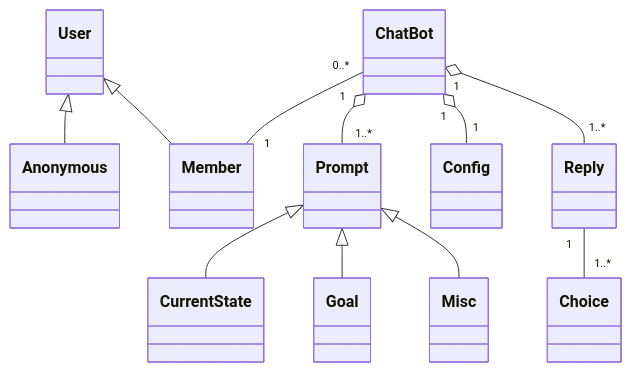
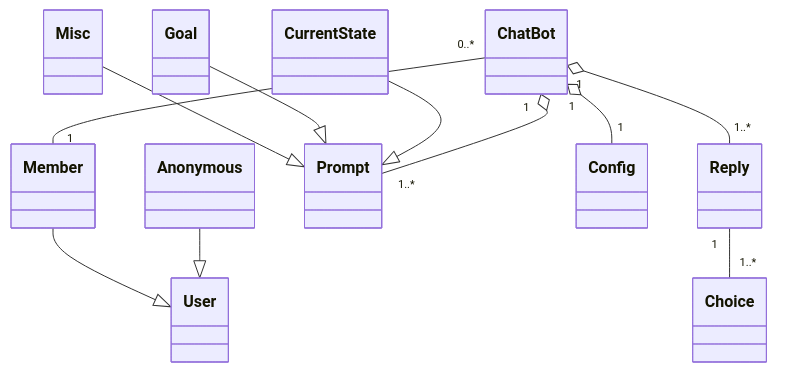
The second of 3 diagrams in src/site/notes/docs/3차 프로젝트, ChatGPT를 이용한 챗봇 애플리케이션 - estsoft {Django, DRF}.md (ChoiWheatley/personalwiki), drawn with Mermaid before and after one commit. The commit also changed other lines of this file, not shown here.

Commit message:
Update content src/site/notes/docs/3차 프로젝트, ChatGPT를 이용한 챗봇 애플리케이션 - estsoft {Django, DRF}.md

````diff
--- a/src/site/notes/docs/3차 프로젝트, ChatGPT를 이용한 챗봇 애플리케이션 - estsoft {Django, DRF}.md
+++ b/src/site/notes/docs/3차 프로젝트, ChatGPT를 이용한 챗봇 애플리케이션 - estsoft {Django, DRF}.md
@@ -99,14 +99,14 @@
 ```mermaid
 classDiagram 
-	User <|-- Anonymous
-	User <|-- Member
+	Anonymous --|> User
+	Member --|> User
 	ChatBot "0..*" -- "1" Member
 	ChatBot "1" o-- "1..*" Prompt
 	ChatBot "1" o-- "1" Config
 	ChatBot "1" o-- "1..*" Reply
 	Reply "1" -- "1..*" Choice
 	
-	Prompt <|-- CurrentState
-	Prompt <|-- Goal
-	Prompt <|-- Misc
+	CurrentState --|> Prompt
+	Goal --|> Prompt
+	Misc --|> Prompt
 ```
````
